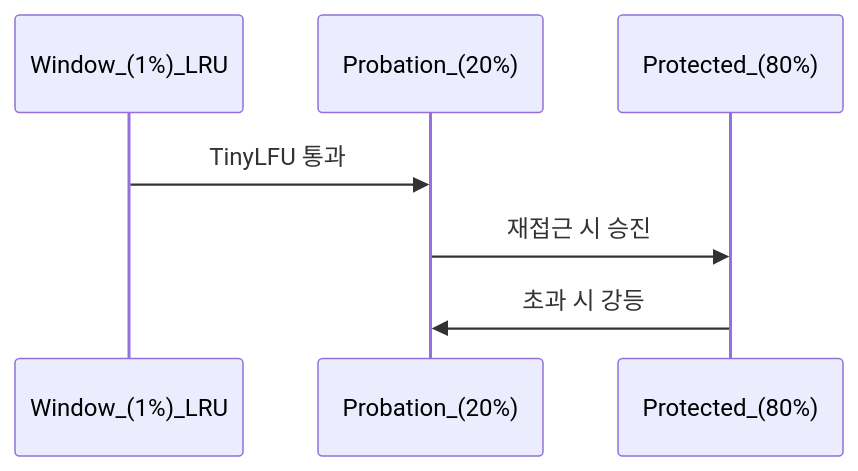
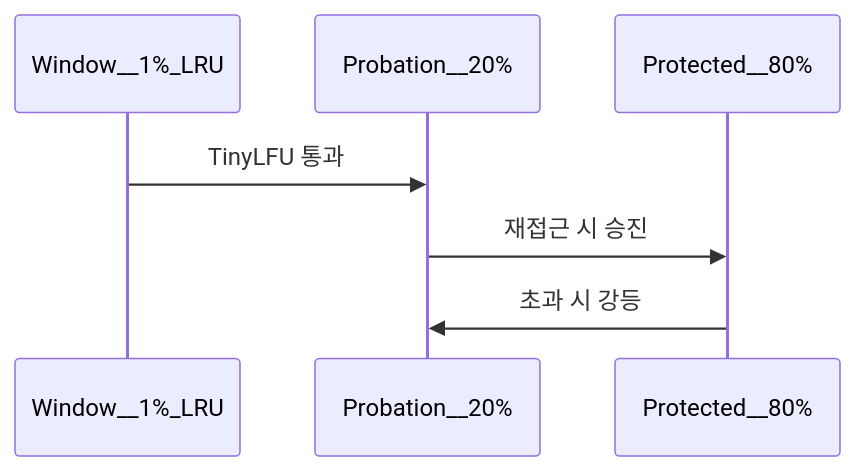
The third of 4 diagrams in _posts/localcache/2026-05-01-local-cache-comparison.md (yjkim2015/yjkim2015.github.io), drawn with Mermaid before and after one commit. The commit also changed 85 other files, not shown here.

First line of the commit message:
sequenceDiagram 문법 에러 2차 수정 169개 (86파일)

````diff
--- a/_posts/localcache/2026-05-01-local-cache-comparison.md
+++ b/_posts/localcache/2026-05-01-local-cache-comparison.md
@@ -211,6 +211,6 @@
 ```mermaid
 sequenceDiagram
-    Window_(1%)_LRU->>Probation_(20%): TinyLFU 통과
-    Probation_(20%)->>Protected_(80%): 재접근 시 승진
-    Protected_(80%)->>Probation_(20%): 초과 시 강등
+    Window__1%_LRU->>Probation__20%: TinyLFU 통과
+    Probation__20%->>Protected__80%: 재접근 시 승진
+    Protected__80%->>Probation__20%: 초과 시 강등
 ```
````
